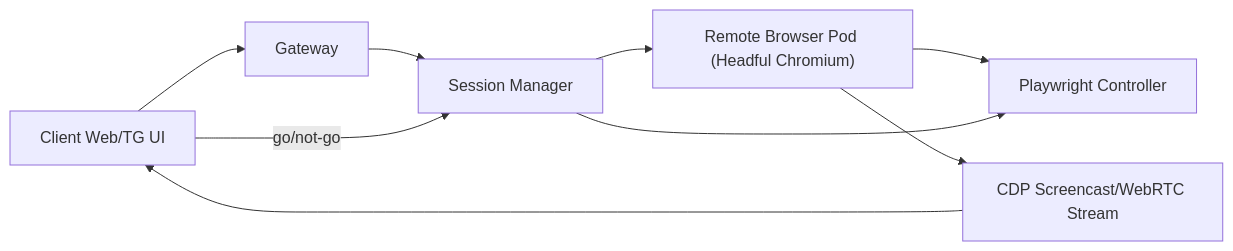
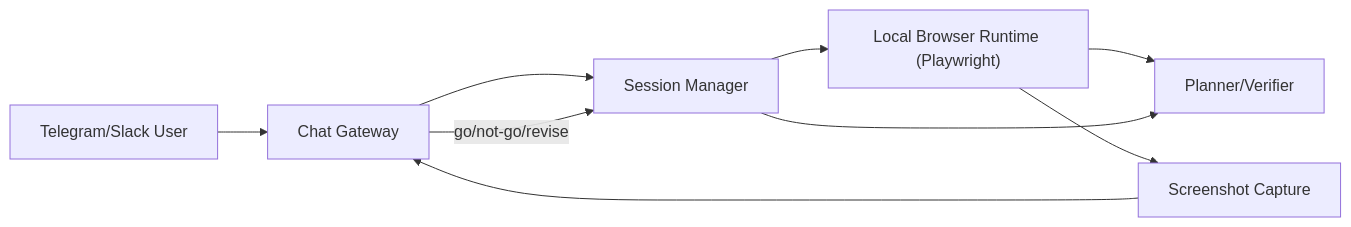
The sixth of 6 diagrams in doc/PRD-v0.1.md (jedikim/web-testing), drawn with Mermaid before and after one commit. The commit also changed other lines of this file and 22 other files, not shown here.

Commit message:
feat: pivot to screenshot-first chat automation workflow

````diff
--- a/doc/PRD-v0.1.md
+++ b/doc/PRD-v0.1.md
@@ -389,11 +396,11 @@
 ```mermaid
 flowchart LR
-    C["Client Web/TG UI"] --> G["Gateway"]
+    C["Telegram/Slack User"] --> G["Chat Gateway"]
     G --> S["Session Manager"]
-    S --> B["Remote Browser Pod (Headful Chromium)"]
-    B --> P["Playwright Controller"]
-    B --> SC["CDP Screencast/WebRTC Stream"]
-    SC --> C
-    C -->|go/not-go| S
+    S --> B["Local Browser Runtime (Playwright)"]
+    B --> P["Planner/Verifier"]
+    B --> SS["Screenshot Capture"]
+    SS --> G
+    G -->|go/not-go/revise| S
     S --> P
 ```
````
